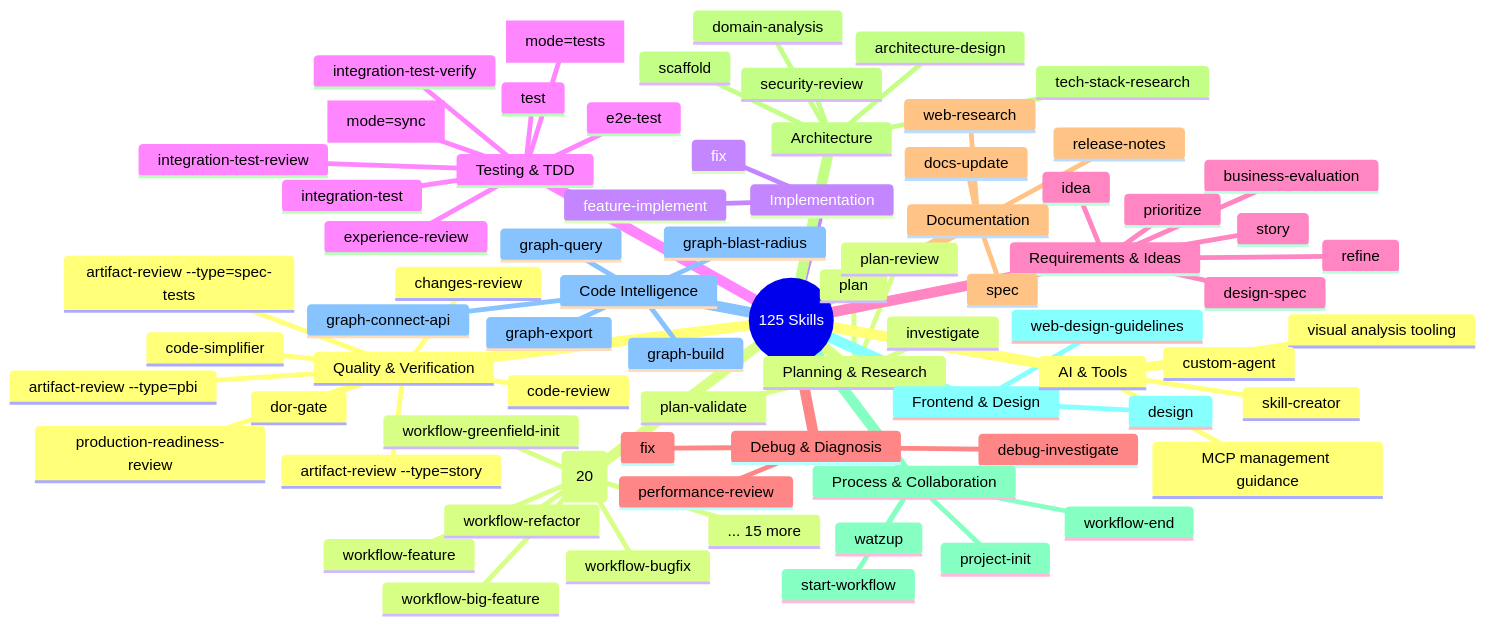
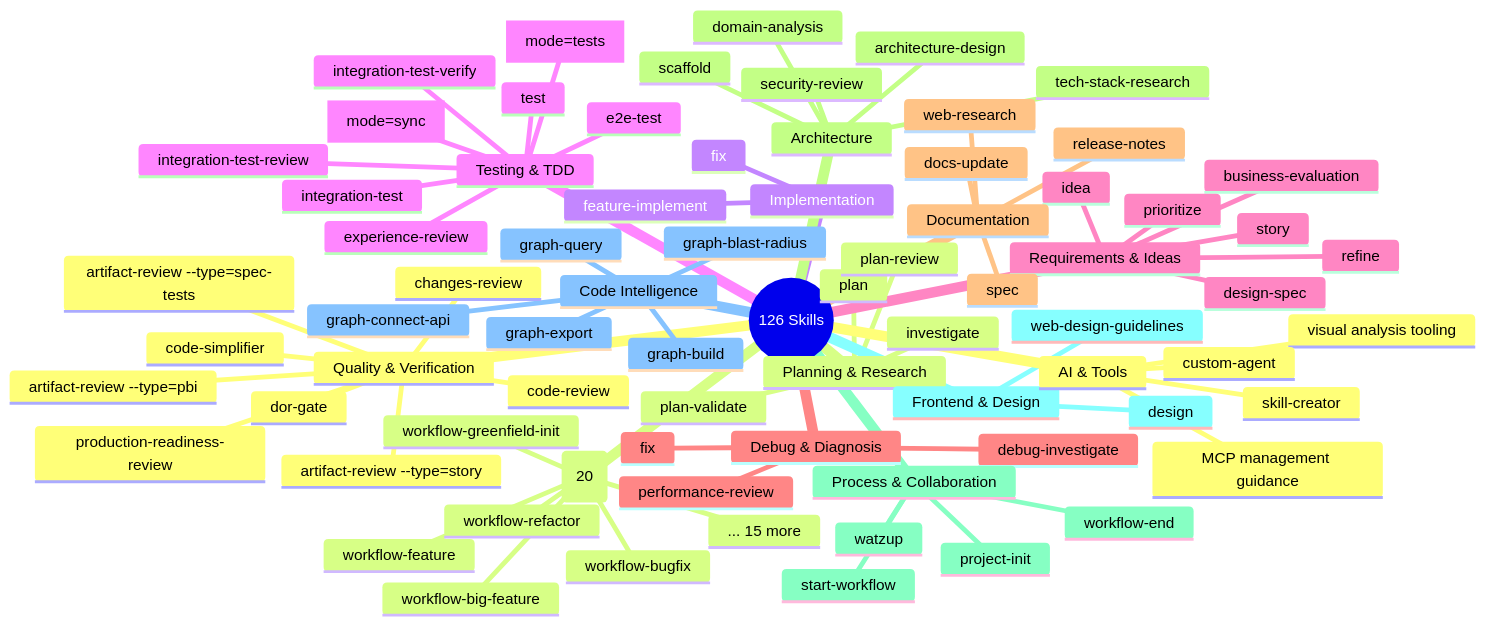
Before and after one commit to duc01226/easy-claude: the fifth of 20 diagrams in .claude/docs/claude-ai-agent-framework-guide.md, drawn with Mermaid. The commit also changed other lines of this file and 122 other files, not shown here.

````diff
--- a/.claude/docs/claude-ai-agent-framework-guide.md
+++ b/.claude/docs/claude-ai-agent-framework-guide.md
@@ -502,78 +502,78 @@
 ```mermaid
 mindmap
-  root((125 Skills))
+  root((126 Skills))
     Quality & Verification
       code-review
       dor-gate
       changes-review
       code-simplifier
       production-readiness-review
       artifact-review --type=pbi
       artifact-review --type=story
       artifact-review --type=spec-tests
     Planning & Research
       plan
       plan-review
       plan-validate
       investigate
     Implementation
       feature-implement
       fix
     Testing & TDD
       spec [mode=tests]
       integration-test
       integration-test-review
       integration-test-verify
       e2e-test
       spec [mode=sync]
       test
       experience-review
     Requirements & Ideas
       idea
       refine
       story
       business-evaluation
       prioritize
       design-spec
     Debug & Diagnosis
       debug-investigate
       fix
       performance-review
     Documentation
       spec
       docs-update
       release-notes
       web-research
     Architecture
       security-review
       architecture-design
       domain-analysis
       scaffold
       tech-stack-research
     Process & Collaboration
       start-workflow
       workflow-end
       project-init
       watzup
     Frontend & Design
       design
       web-design-guidelines
     Code Intelligence
       graph-build
       graph-blast-radius
       graph-query
       graph-export
       graph-connect-api
     AI & Tools
       visual analysis tooling
       custom-agent
       MCP management guidance
       skill-creator
     Workflow Triggers (20)
       workflow-feature
       workflow-big-feature
       workflow-bugfix
       workflow-greenfield-init
       workflow-refactor
       ... 15 more
 ```
````
